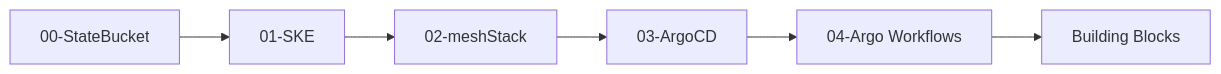
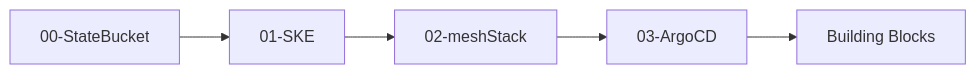
The first of 2 diagrams in README.md (meshcloud/stackit-idp-demo), drawn with Mermaid before and after one commit. The commit also changed other lines of this file and 7 other files, not shown here.

First line of the commit message:
Remove Argo Workflows - simplify to registry-driven GitOps model

````diff
--- a/README.md
+++ b/README.md
@@ -39,8 +38,7 @@
 ```mermaid
 graph LR
     A[00-StateBucket] --> B[01-SKE]
     B --> C[02-meshStack]
     C --> D[03-ArgoCD]
-    D --> E[04-Argo Workflows]
-    E --> F[Building Blocks]
+    D --> E[Building Blocks]
 ```
````
